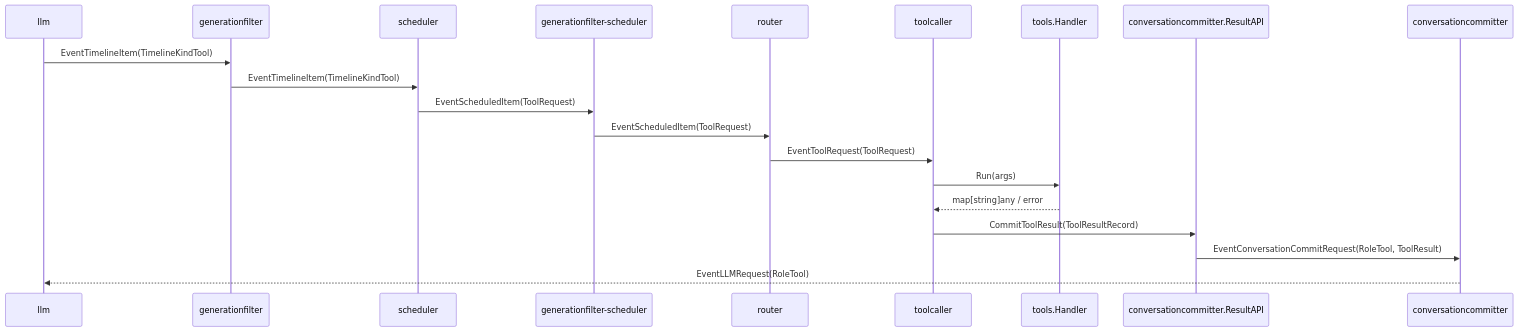
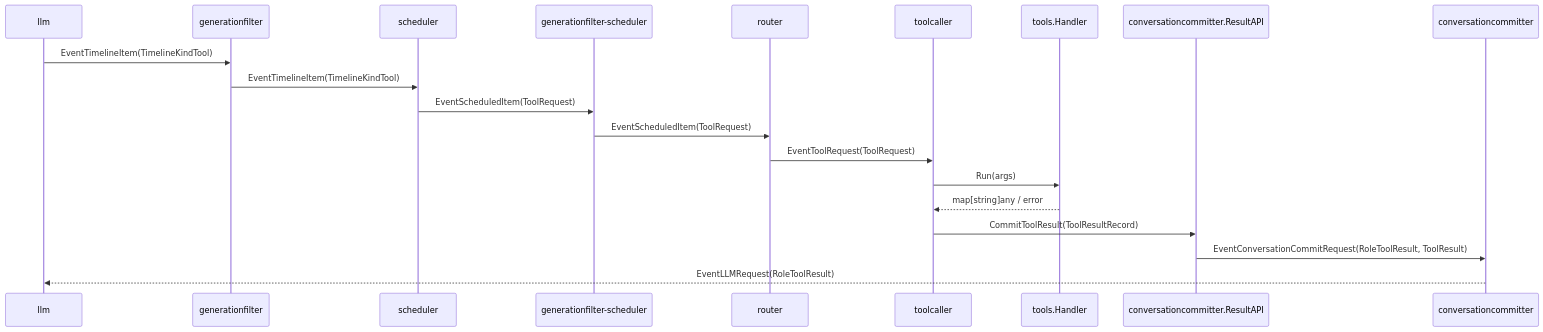
The first of 2 diagrams in docs/components/toolcaller.md (tetetratra/smart-speaker), drawn with Mermaid before and after one commit. The commit also changed other lines of this file and 28 other files, not shown here.

````diff
--- a/docs/components/toolcaller.md
+++ b/docs/components/toolcaller.md
@@ -70,23 +70,23 @@
 ```mermaid
 sequenceDiagram
     participant LLM as llm
     participant GF1 as generationfilter
     participant SCH as scheduler
     participant GF2 as generationfilter-scheduler
     participant R as router
     participant TC as toolcaller
     participant H as tools.Handler
     participant API as conversationcommitter.ResultAPI
     participant CC as conversationcommitter
 
     LLM->>GF1: EventTimelineItem(TimelineKindTool)
     GF1->>SCH: EventTimelineItem(TimelineKindTool)
     SCH->>GF2: EventScheduledItem(ToolRequest)
     GF2->>R: EventScheduledItem(ToolRequest)
     R->>TC: EventToolRequest(ToolRequest)
     TC->>H: Run(args)
     H-->>TC: map[string]any / error
     TC->>API: CommitToolResult(ToolResultRecord)
-    API->>CC: EventConversationCommitRequest(RoleTool, ToolResult)
-    CC-->>LLM: EventLLMRequest(RoleTool)
+    API->>CC: EventConversationCommitRequest(RoleToolResult, ToolResult)
+    CC-->>LLM: EventLLMRequest(RoleToolResult)
 ```
````
